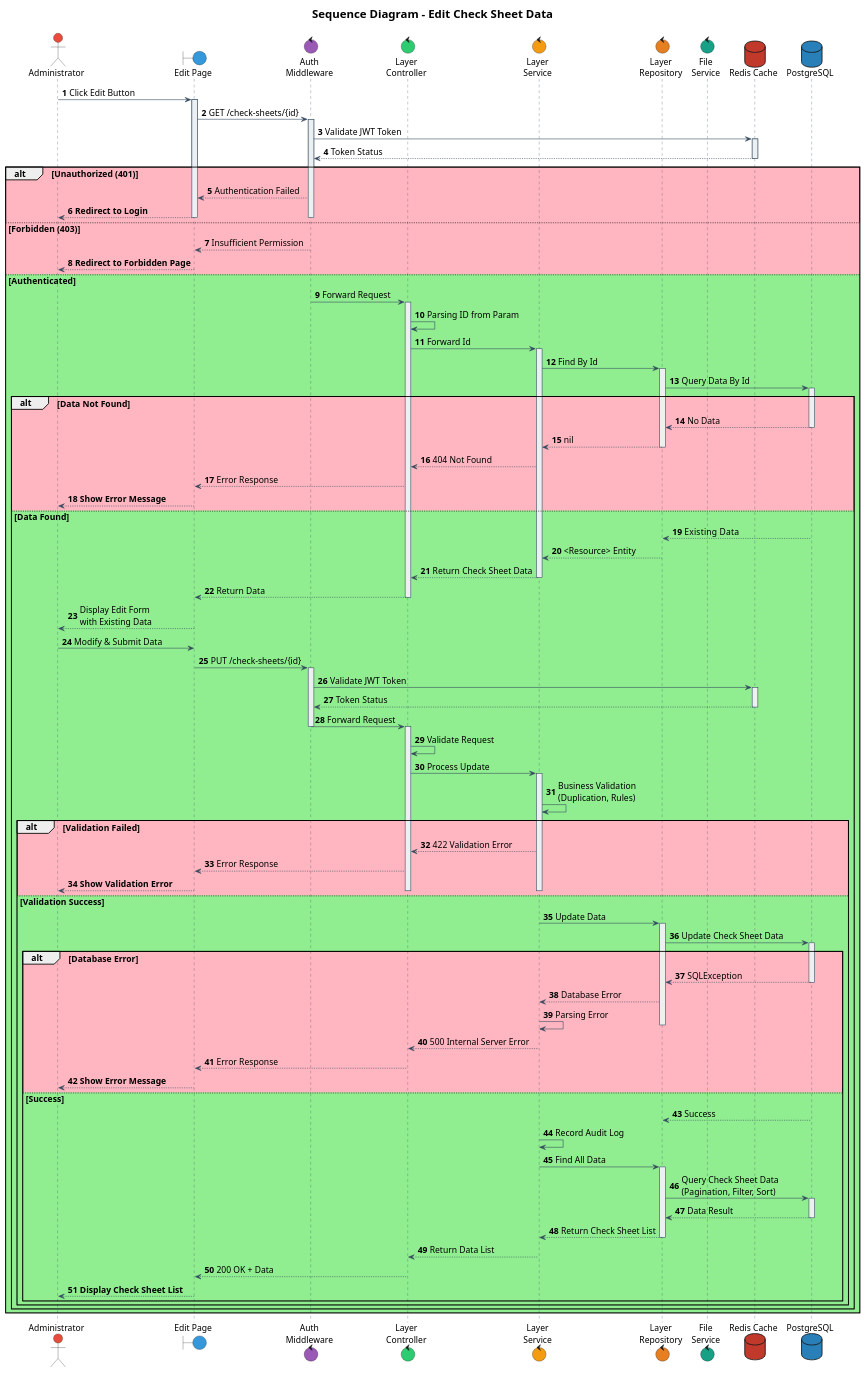
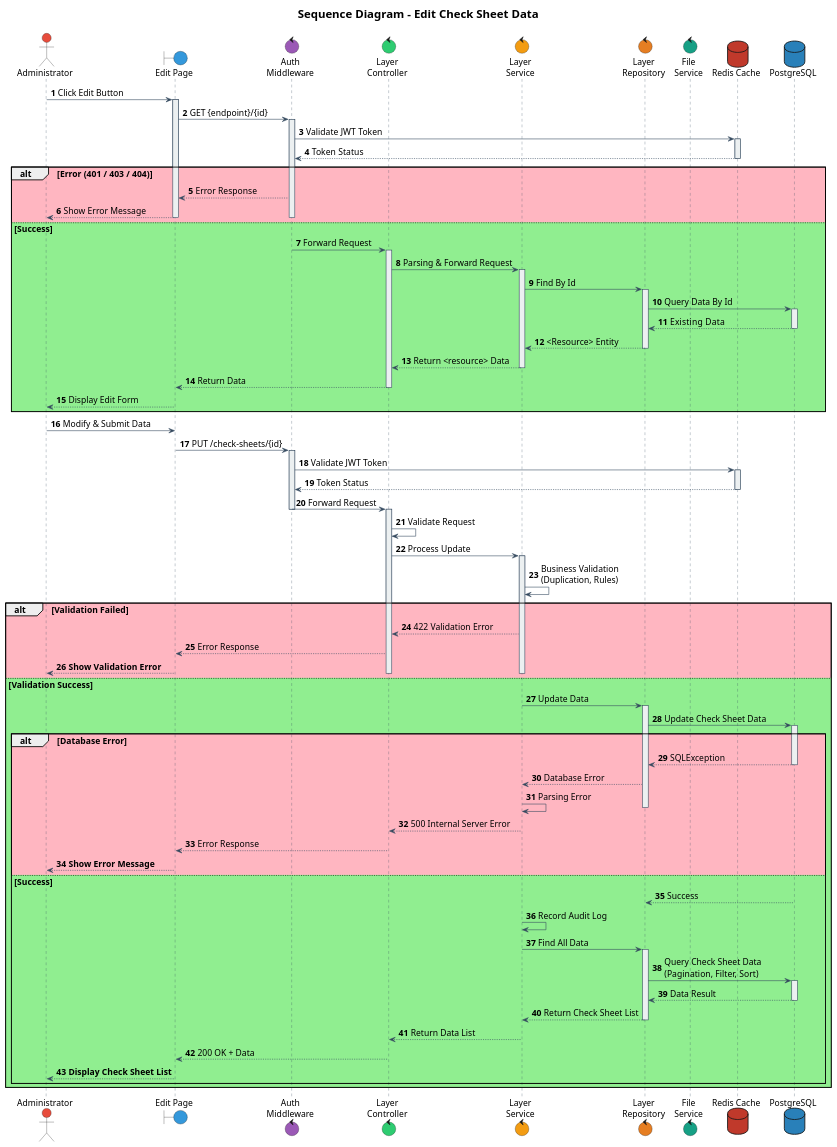
One commit to IntConnect/go-intconnect-api changed the diagram in documentation/sequence/document/check-sheet/edit.puml. Above: the diagram before and after it, drawn with PlantUML. The commit also changed 7 other files, not shown here.

```diff
--- a/documentation/sequence/document/check-sheet/edit.puml
+++ b/documentation/sequence/document/check-sheet/edit.puml
@@ -1,193 +1,175 @@
 @startuml
 
 ' Font configuration
 skinparam defaultFontName Times New Roman
 skinparam defaultFontSize 15
 
 ' Participant styling
 skinparam participant {
     BackgroundColor #ECF0F1
     BorderColor #34495E
     FontColor Black
     FontName Times New Roman
     FontSize 15
 }
 
 skinparam sequence {
     ArrowColor #34495E
     LifeLineBorderColor #34495E
     LifeLineBackgroundColor #ECF0F1
     ArrowFontName Times New Roman
     ArrowFontSize 15
 }
 
 skinparam actorFontSize 15
 skinparam noteFontSize 15
 skinparam noteFontName "Times New Roman"
 
 ' Actors and components
 actor "Administrator" as admin #E74C3C
 boundary "Edit Page" as boundEdit #3498DB
 control "Auth\nMiddleware" as authMiddleware #9B59B6
 control "Layer\nController" as controller #2ECC71
 control "Layer\nService" as service #F39C12
 control "Layer\nRepository" as repository #E67E22
 control "File\nService" as fileService #16A085
 database "Redis Cache" as dbRedis #C0392B
 database "PostgreSQL" as dbPsql #2980B9
 
 title
 <size:20><b>Sequence Diagram - Edit Check Sheet Data</b></size>
 ----
 end title
 
 autonumber
 
 ' === FETCH EXISTING DATA ===
 admin -> boundEdit: Click Edit Button
 activate boundEdit
 
-boundEdit -> authMiddleware: GET /check-sheets/{id}
+boundEdit -> authMiddleware: GET {endpoint}/{id}
 activate authMiddleware
 
 authMiddleware -> dbRedis: Validate JWT Token
 activate dbRedis
 dbRedis --> authMiddleware: Token Status
 deactivate dbRedis
 
-alt #LightPink Unauthorized (401)
-    authMiddleware --> boundEdit: Authentication Failed
-    boundEdit --> admin: **Redirect to Login**
+alt #LightPink Error (401 / 403 / 404)
+    authMiddleware --> boundEdit: Error Response
+    boundEdit --> admin: Show Error Message
     deactivate authMiddleware
     deactivate boundEdit
 
-else #LightPink Forbidden (403)
-    authMiddleware --> boundEdit: Insufficient Permission
-    boundEdit --> admin: **Redirect to Forbidden Page**
-    deactivate authMiddleware
-    deactivate boundEdit
 
-else #LightGreen Authenticated
+else #LightGreen Success
 
     authMiddleware -> controller: Forward Request
     deactivate authMiddleware
     activate controller
 
-    controller -> controller: Parsing ID from Param
-    controller -> service: Forward Id
+    controller -> service: Parsing & Forward Request
     activate service
 
     service -> repository: Find By Id
     activate repository
 
     repository -> dbPsql: Query Data By Id
     activate dbPsql
 
-    alt #LightPink Data Not Found
-        dbPsql --> repository: No Data
-        deactivate dbPsql
-        repository --> service: nil
-        deactivate repository
-        service --> controller: 404 Not Found
-        controller --> boundEdit: Error Response
-        boundEdit --> admin: **Show Error Message**
-
-    else #LightGreen Data Found
         dbPsql --> repository: Existing  Data
         deactivate dbPsql
 
         repository --> service: <Resource> Entity
         deactivate repository
 
-        service --> controller: Return Check Sheet Data
+        service --> controller: Return <resource> Data
         deactivate service
 
         controller --> boundEdit: Return Data
         deactivate controller
 
-        boundEdit --> admin: Display Edit Form\nwith Existing Data
-
+        boundEdit --> admin: Display Edit Form
+ end
         ' === UPDATE PROCESS ===
         admin -> boundEdit: Modify & Submit Data
 
         boundEdit -> authMiddleware: PUT /check-sheets/{id}
         activate authMiddleware
 
         authMiddleware -> dbRedis: Validate JWT Token
         activate dbRedis
         dbRedis --> authMiddleware: Token Status
         deactivate dbRedis
 
         authMiddleware -> controller: Forward Request
         deactivate authMiddleware
         activate controller
 
         controller -> controller: Validate Request
 
         controller -> service: Process Update
         activate service
 
         service -> service: Business Validation\n(Duplication, Rules)
 
         alt #LightPink Validation Failed
             service --> controller: 422 Validation Error
             controller --> boundEdit: Error Response
             boundEdit --> admin: **Show Validation Error**
             deactivate service
             deactivate controller
 
         else #LightGreen Validation Success
 
 
 
             ' === UPDATE DATABASE ===
             service -> repository: Update Data
             activate repository
 
             repository -> dbPsql: Update Check Sheet Data
             activate dbPsql
 
             alt #LightPink Database Error
                 dbPsql --> repository: SQLException
                 deactivate dbPsql
 
                 repository --> service: Database Error
                 service -> service: Parsing Error
                 deactivate repository
 
                 service --> controller: 500 Internal Server Error
                 controller --> boundEdit: Error Response
                 boundEdit --> admin: **Show Error Message**
                 deactivate service
                 deactivate controller
 
             else #LightGreen Success
                 dbPsql --> repository: Success
                 deactivate dbPsql
                 service -> service: Record Audit Log
                     service -> repository: Find All Data
                     activate repository
 
                     repository -> dbPsql: Query Check Sheet Data\n(Pagination, Filter, Sort)
                     activate dbPsql
                     dbPsql --> repository: Data Result
 
 deactivate dbPsql
                   repository --> service: Return Check Sheet List
                     deactivate repository
 
                     deactivate dbPsql
                     service --> controller: Return Data List
 
                     deactivate service
                         controller --> boundEdit: 200 OK + Data
                     deactivate controller
                     boundEdit --> admin: **Display Check Sheet List**
                     deactivate boundEdit
 
                 end
         end
-    end
-end
 
 @enduml
```
